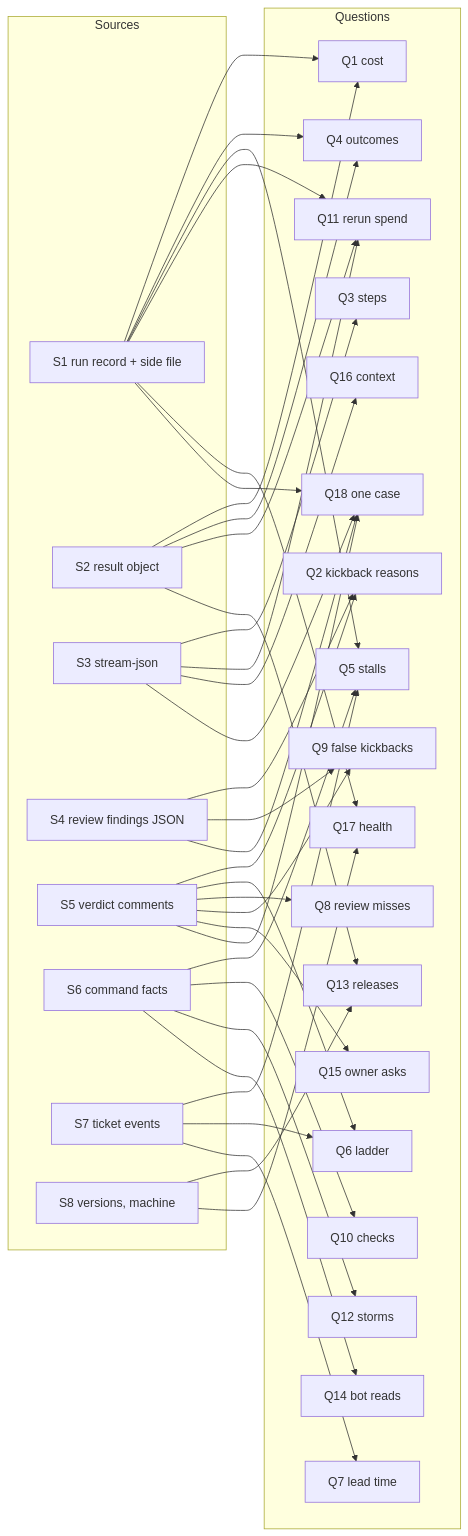
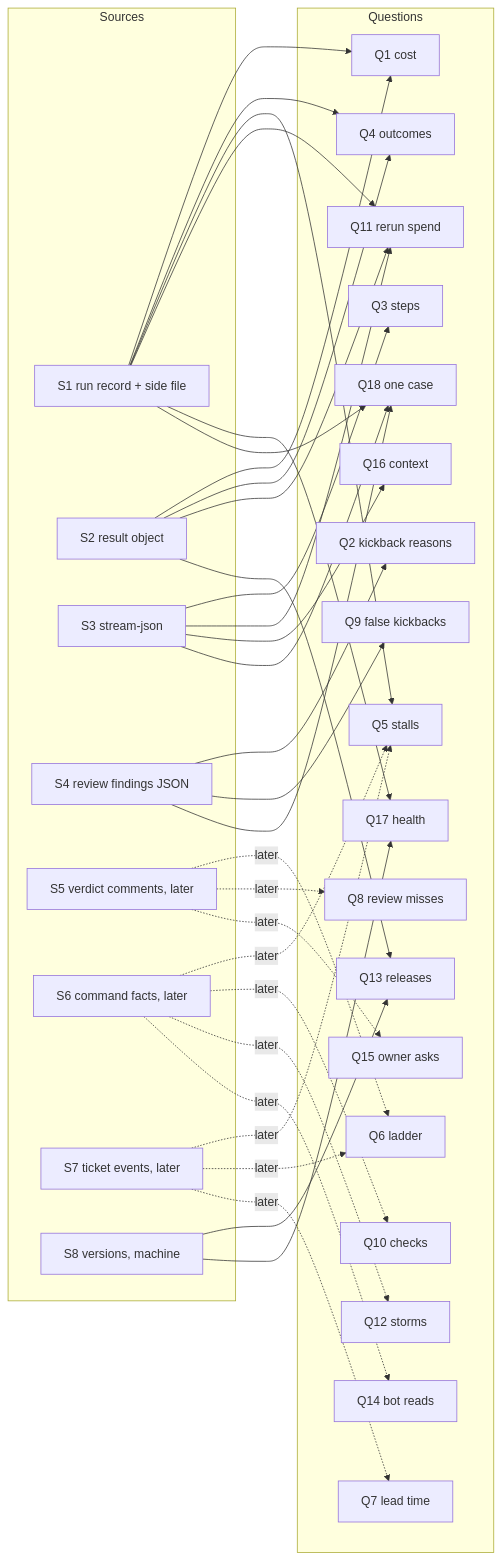
One commit to ProlesDei/maestro changed the second of 11 diagrams in docs/design/data-collection.md. Above: the diagram before and after it, drawn with Mermaid. The commit also changed other lines of this file and 3 other files, not shown here.

````diff
--- a/docs/design/data-collection.md
+++ b/docs/design/data-collection.md
@@ -84,41 +86,41 @@
 ```mermaid
 flowchart LR
   subgraph src["Sources"]
     S1["S1 run record + side file"]
     S2["S2 result object"]
     S3["S3 stream-json"]
     S4["S4 review findings JSON"]
-    S5["S5 verdict comments"]
-    S6["S6 command facts"]
-    S7["S7 ticket events"]
+    S5["S5 verdict comments, later"]
+    S6["S6 command facts, later"]
+    S7["S7 ticket events, later"]
     S8["S8 versions, machine"]
   end
   subgraph q["Questions"]
     Q1["Q1 cost"]
     Q2["Q2 kickback reasons"]
     Q3["Q3 steps"]
     Q4["Q4 outcomes"]
     Q5["Q5 stalls"]
     Q6["Q6 ladder"]
     Q7["Q7 lead time"]
     Q8["Q8 review misses"]
     Q9["Q9 false kickbacks"]
     Q10["Q10 checks"]
     Q11["Q11 rerun spend"]
     Q12["Q12 storms"]
     Q13["Q13 releases"]
     Q14["Q14 bot reads"]
     Q15["Q15 owner asks"]
     Q16["Q16 context"]
     Q17["Q17 health"]
     Q18["Q18 one case"]
   end
   S1 --> Q1 & Q4 & Q5 & Q11 & Q17 & Q18
   S2 --> Q1 & Q4 & Q11 & Q13
   S3 --> Q3 & Q11 & Q16 & Q18
   S4 --> Q2 & Q9 & Q18
-  S5 --> Q2 & Q6 & Q8 & Q9 & Q15 & Q18
-  S6 --> Q5 & Q10 & Q12 & Q14
-  S7 --> Q5 & Q6 & Q7
+  S5 -. "later" .-> Q6 & Q8 & Q15
+  S6 -. "later" .-> Q5 & Q10 & Q12 & Q14
+  S7 -. "later" .-> Q5 & Q6 & Q7
   S8 --> Q13 & Q17
 ```
````
